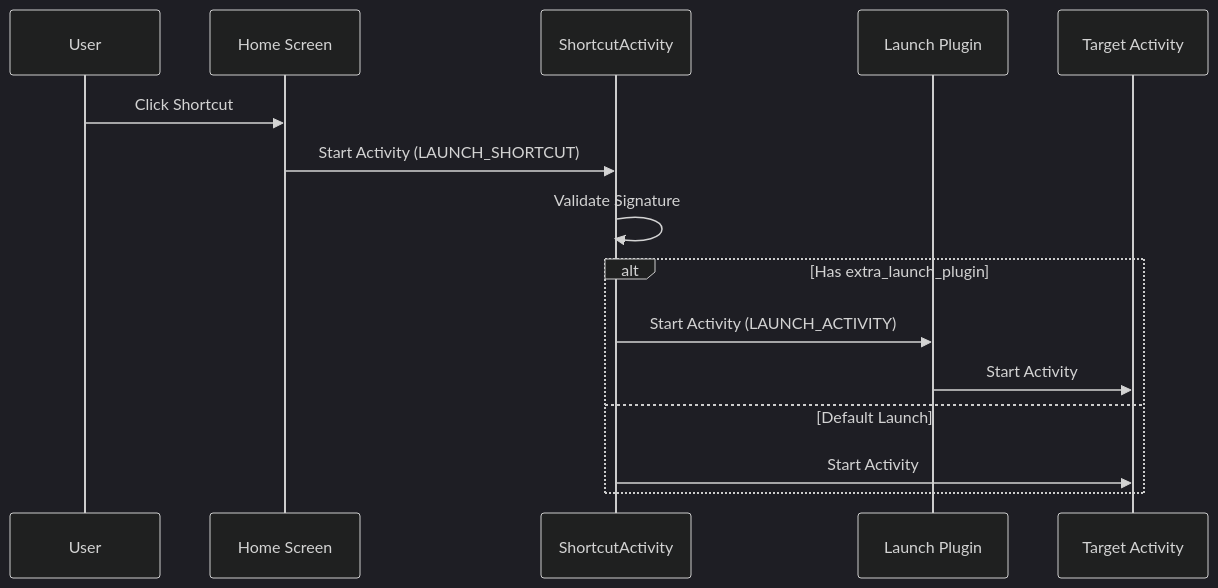
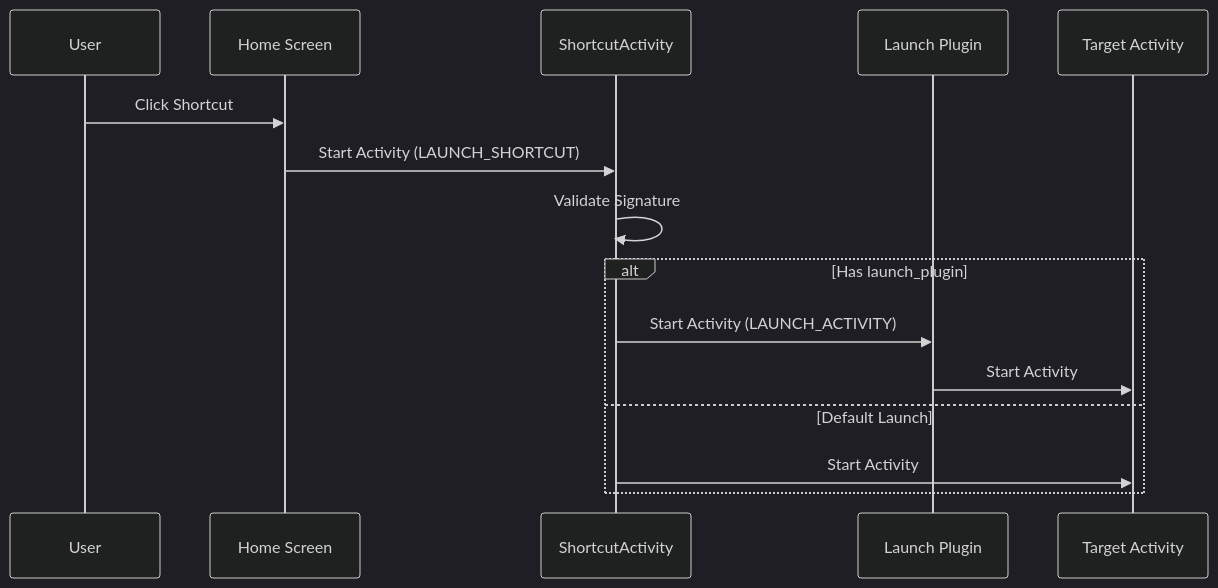
The second of 2 diagrams in PLUGIN_ARCHITECTURE.md (butzist/ActivityLauncher), drawn with Mermaid (dark theme) before and after one commit. The commit also changed other lines of this file and 2 other files, not shown here.

Commit message:
fix(docs): consistency in intent action and extra naming

````diff
--- a/PLUGIN_ARCHITECTURE.md
+++ b/PLUGIN_ARCHITECTURE.md
@@ -52,18 +55,18 @@
 ```mermaid
 sequenceDiagram
     participant User
     participant Home as Home Screen
     participant AL as ShortcutActivity
     participant LP as Launch Plugin
     participant Target as Target Activity
 
     User->>Home: Click Shortcut
     Home->>AL: Start Activity (LAUNCH_SHORTCUT)
     AL->>AL: Validate Signature
-    alt Has extra_launch_plugin
+    alt Has launch_plugin
         AL->>LP: Start Activity (LAUNCH_ACTIVITY)
         LP->>Target: Start Activity
     else Default Launch
         AL->>Target: Start Activity
     end
 ```
````
